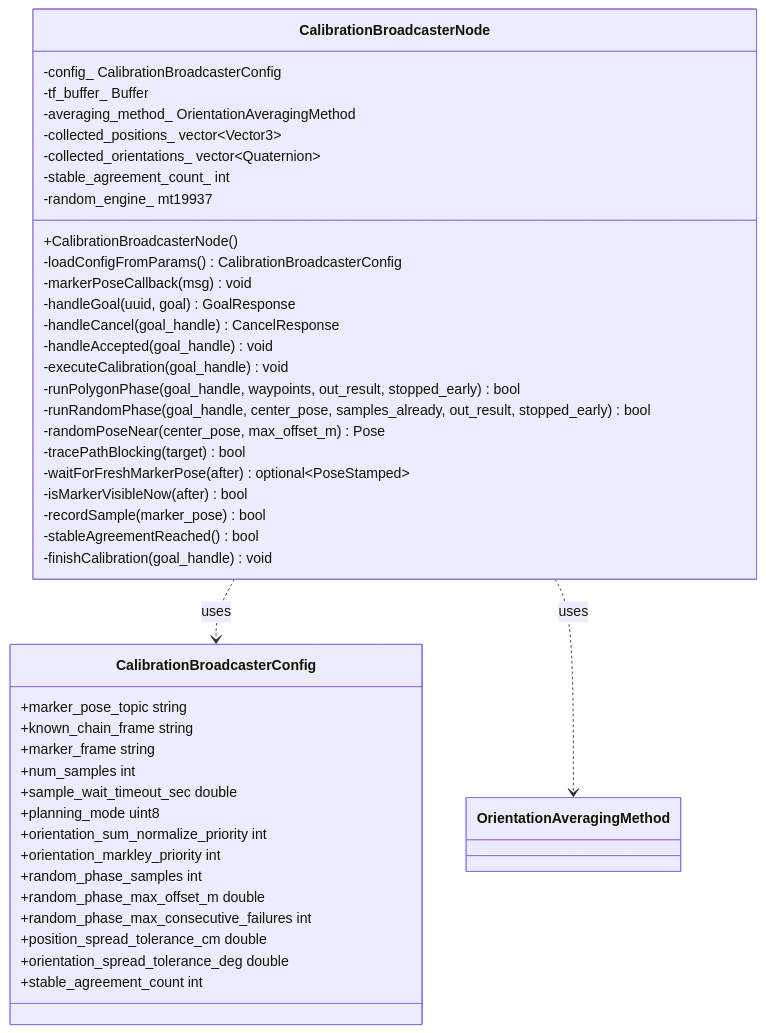
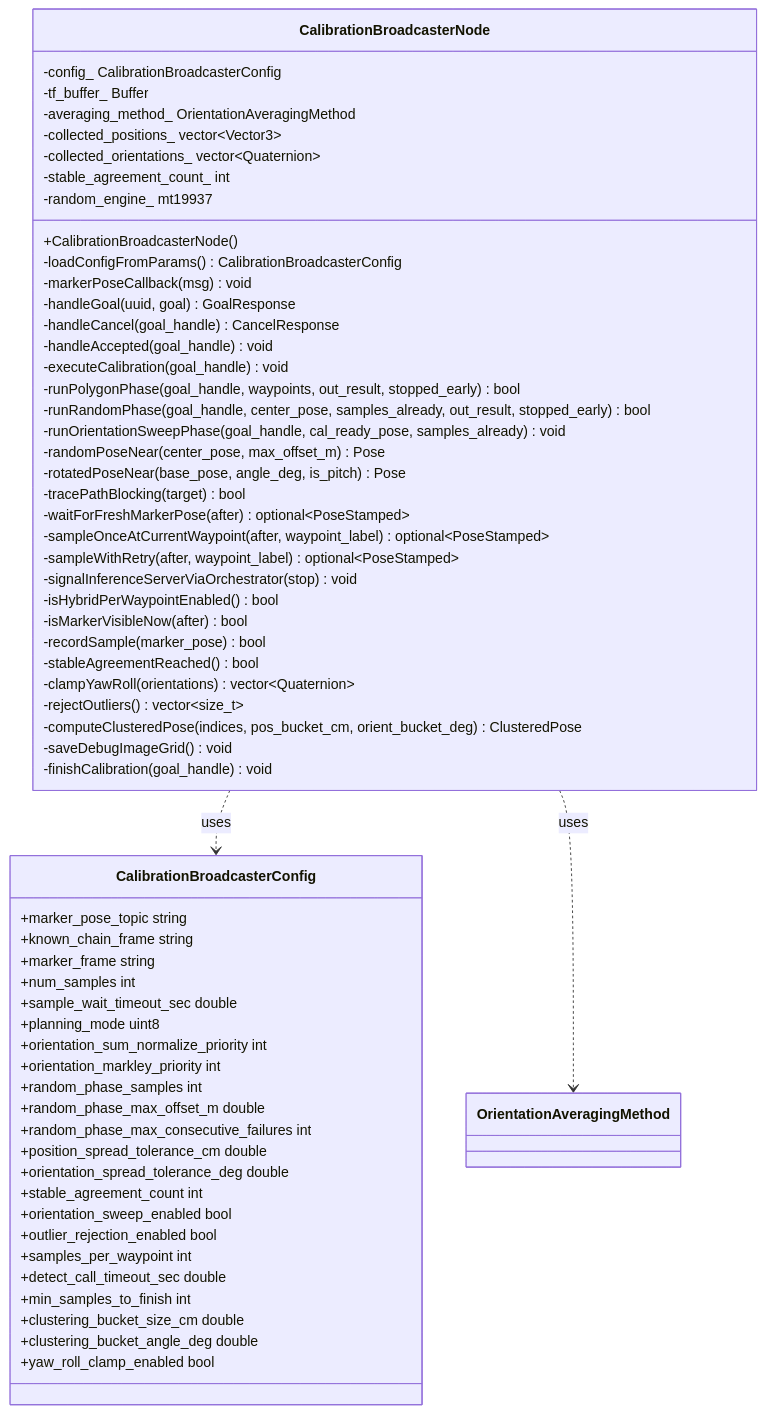
Before and after one commit to tesarect/aruco_visual_calibration: the fifth of 6 diagrams in resources/docs/class_docs/aruco_perception.md, drawn with Mermaid. The commit also changed other lines of this file and 21 other files, not shown here.

Commit message:
end effector for final goal poses changed to gripper base link from aruco link

````diff
--- a/resources/docs/class_docs/aruco_perception.md
+++ b/resources/docs/class_docs/aruco_perception.md
@@ -242,46 +374,64 @@
 ```mermaid
 classDiagram
     class CalibrationBroadcasterNode {
         +CalibrationBroadcasterNode()
         -loadConfigFromParams() CalibrationBroadcasterConfig
         -markerPoseCallback(msg) void
         -handleGoal(uuid, goal) GoalResponse
         -handleCancel(goal_handle) CancelResponse
         -handleAccepted(goal_handle) void
         -executeCalibration(goal_handle) void
         -runPolygonPhase(goal_handle, waypoints, out_result, stopped_early) bool
         -runRandomPhase(goal_handle, center_pose, samples_already, out_result, stopped_early) bool
+        -runOrientationSweepPhase(goal_handle, cal_ready_pose, samples_already) void
         -randomPoseNear(center_pose, max_offset_m) Pose
+        -rotatedPoseNear(base_pose, angle_deg, is_pitch) Pose
         -tracePathBlocking(target) bool
         -waitForFreshMarkerPose(after) optional~PoseStamped~
+        -sampleOnceAtCurrentWaypoint(after, waypoint_label) optional~PoseStamped~
+        -sampleWithRetry(after, waypoint_label) optional~PoseStamped~
+        -signalInferenceServerViaOrchestrator(stop) void
+        -isHybridPerWaypointEnabled() bool
         -isMarkerVisibleNow(after) bool
         -recordSample(marker_pose) bool
         -stableAgreementReached() bool
+        -clampYawRoll(orientations) vector~Quaternion~
+        -rejectOutliers() vector~size_t~
+        -computeClusteredPose(indices, pos_bucket_cm, orient_bucket_deg) ClusteredPose
+        -saveDebugImageGrid() void
         -finishCalibration(goal_handle) void
         -config_ CalibrationBroadcasterConfig
         -tf_buffer_ Buffer
         -averaging_method_ OrientationAveragingMethod
         -collected_positions_ vector~Vector3~
         -collected_orientations_ vector~Quaternion~
         -stable_agreement_count_ int
         -random_engine_ mt19937
     }
     class CalibrationBroadcasterConfig {
         +marker_pose_topic string
         +known_chain_frame string
         +marker_frame string
         +num_samples int
         +sample_wait_timeout_sec double
         +planning_mode uint8
         +orientation_sum_normalize_priority int
         +orientation_markley_priority int
         +random_phase_samples int
         +random_phase_max_offset_m double
         +random_phase_max_consecutive_failures int
         +position_spread_tolerance_cm double
         +orientation_spread_tolerance_deg double
         +stable_agreement_count int
+        +orientation_sweep_enabled bool
+        +outlier_rejection_enabled bool
+        +samples_per_waypoint int
+        +detect_call_timeout_sec double
+        +min_samples_to_finish int
+        +clustering_bucket_size_cm double
+        +clustering_bucket_angle_deg double
+        +yaw_roll_clamp_enabled bool
     }
     CalibrationBroadcasterNode ..> CalibrationBroadcasterConfig : uses
     CalibrationBroadcasterNode ..> OrientationAveragingMethod : uses
 ```
````
